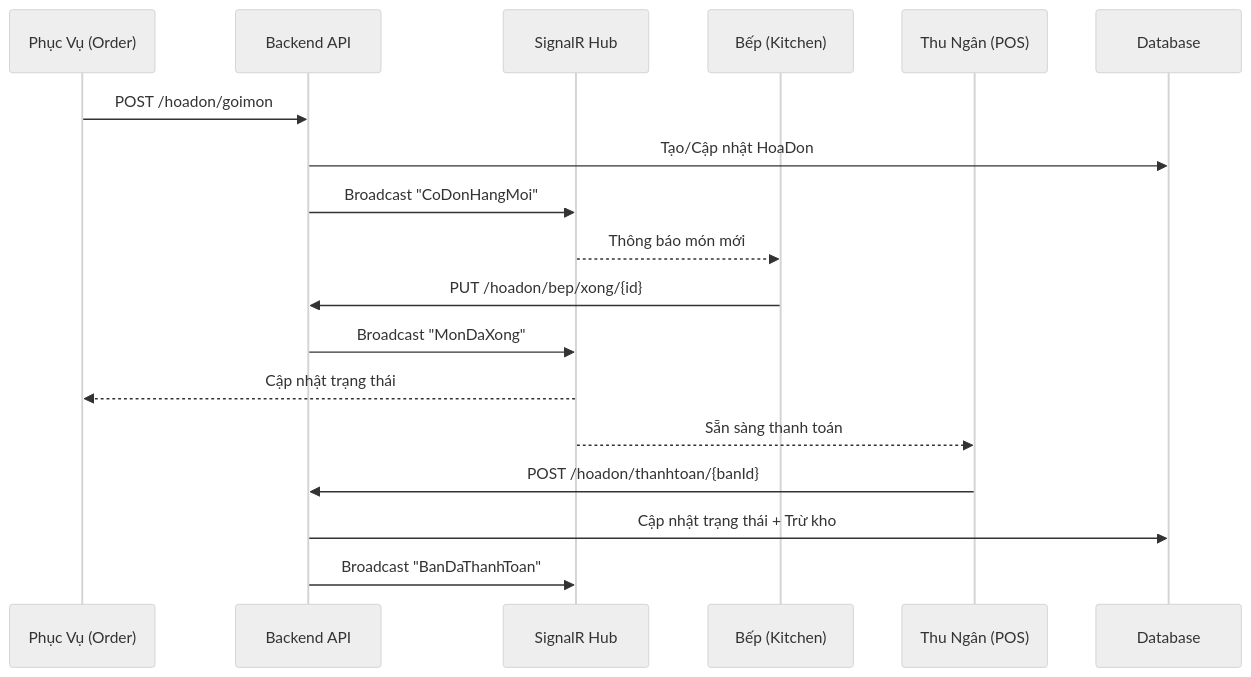
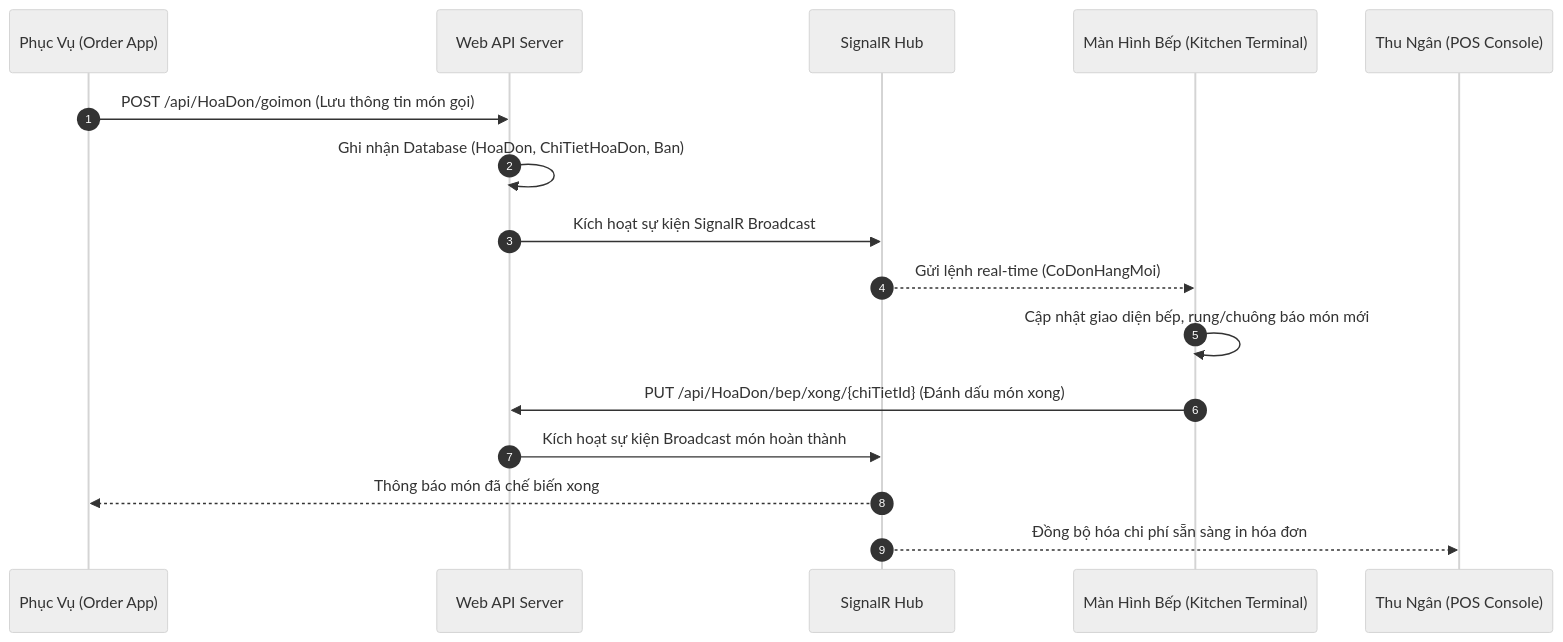
One commit to Nhanduc2912/POS36 changed the second of 5 diagrams in README.md. Above: the diagram before and after it, drawn with Mermaid (neutral theme). The commit also changed other lines of this file, not shown here.

````diff
--- a/README.md
+++ b/README.md
@@ -162,21 +183,19 @@
 ```mermaid
 sequenceDiagram
-    participant PV as Phục Vụ (Order)
-    participant API as Backend API
+    autonumber
+    participant PV as Phục Vụ (Order App)
+    participant API as Web API Server
     participant Hub as SignalR Hub
-    participant Bep as Bếp (Kitchen)
-    participant TN as Thu Ngân (POS)
-    participant DB as Database
+    participant Bep as Màn Hình Bếp (Kitchen Terminal)
+    participant TN as Thu Ngân (POS Console)
     
-    PV->>API: POST /hoadon/goimon
-    API->>DB: Tạo/Cập nhật HoaDon
-    API->>Hub: Broadcast "CoDonHangMoi"
-    Hub-->>Bep: Thông báo món mới
-    Bep->>API: PUT /hoadon/bep/xong/{id}
-    API->>Hub: Broadcast "MonDaXong"
-    Hub-->>PV: Cập nhật trạng thái
-    Hub-->>TN: Sẵn sàng thanh toán
-    TN->>API: POST /hoadon/thanhtoan/{banId}
-    API->>DB: Cập nhật trạng thái + Trừ kho
-    API->>Hub: Broadcast "BanDaThanhToan"
+    PV->>API: POST /api/HoaDon/goimon (Lưu thông tin món gọi)
+    API->>API: Ghi nhận Database (HoaDon, ChiTietHoaDon, Ban)
+    API->>Hub: Kích hoạt sự kiện SignalR Broadcast
+    Hub-->>Bep: Gửi lệnh real-time (CoDonHangMoi)
+    Bep->>Bep: Cập nhật giao diện bếp, rung/chuông báo món mới
+    Bep->>API: PUT /api/HoaDon/bep/xong/{chiTietId} (Đánh dấu món xong)
+    API->>Hub: Kích hoạt sự kiện Broadcast món hoàn thành
+    Hub-->>PV: Thông báo món đã chế biến xong
+    Hub-->>TN: Đồng bộ hóa chi phí sẵn sàng in hóa đơn
 ```
````
